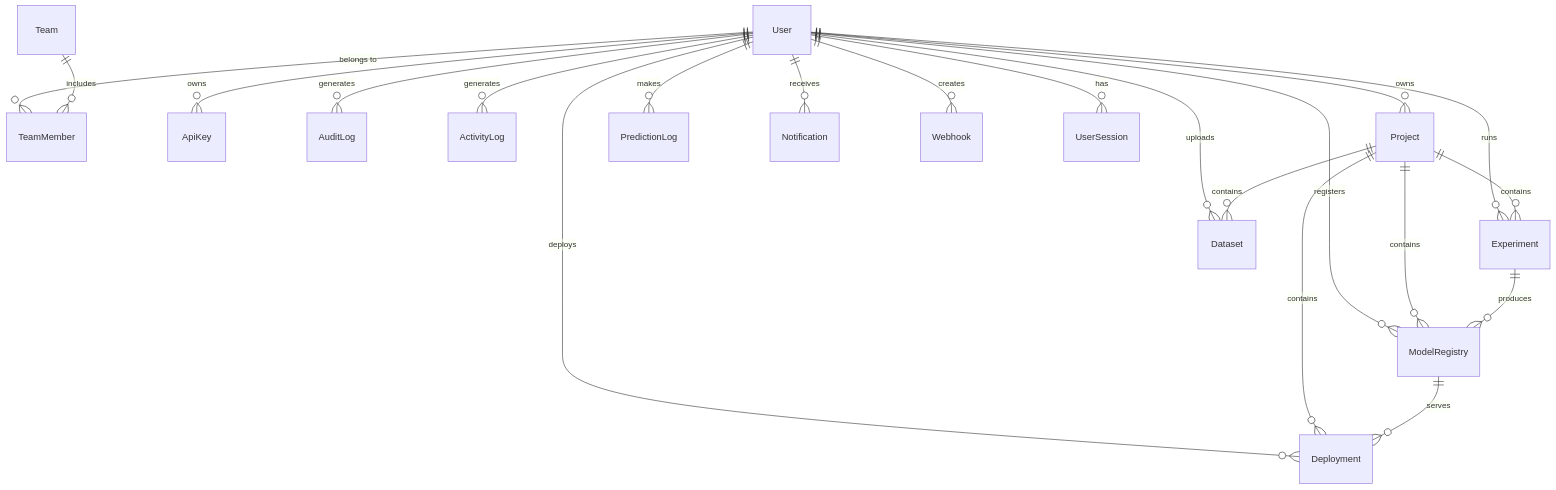
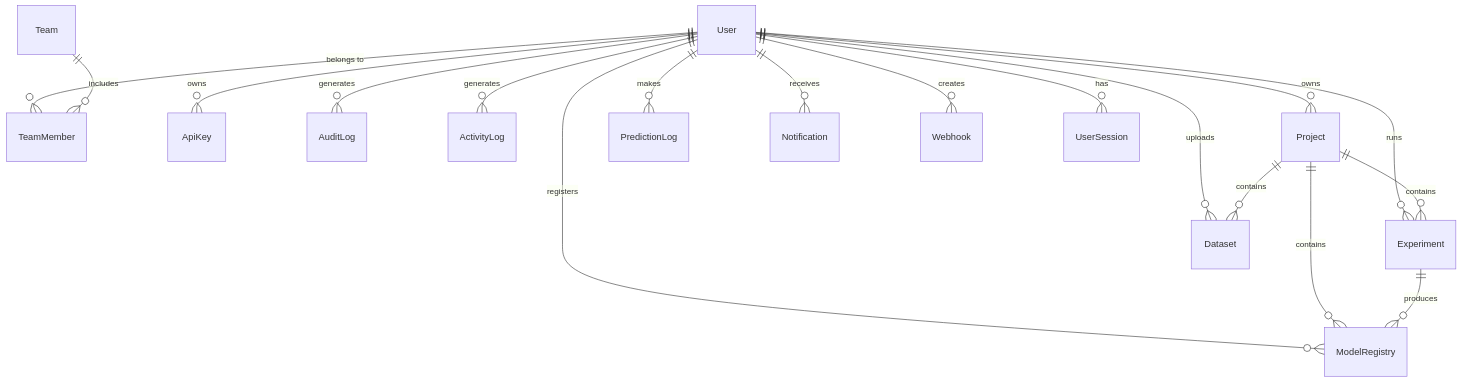
The diagram in ER_DIAGRAM.md (mayuresh378/AutoML), drawn with Mermaid before and after one commit. The commit also changed other lines of this file and 82 other files, not shown here.

````diff
--- a/ER_DIAGRAM.md
+++ b/ER_DIAGRAM.md
@@ -9,27 +9,23 @@
 ```mermaid
 erDiagram
     User ||--o{ TeamMember : "belongs to"
     User ||--o{ ApiKey : "owns"
     User ||--o{ AuditLog : "generates"
     User ||--o{ ActivityLog : "generates"
     User ||--o{ Project : "owns"
     User ||--o{ Experiment : "runs"
     User ||--o{ ModelRegistry : "registers"
-    User ||--o{ Deployment : "deploys"
     User ||--o{ Dataset : "uploads"
     User ||--o{ PredictionLog : "makes"
     User ||--o{ Notification : "receives"
     User ||--o{ Webhook : "creates"
     User ||--o{ UserSession : "has"
 
     Team ||--o{ TeamMember : "includes"
 
     Project ||--o{ Experiment : "contains"
     Project ||--o{ ModelRegistry : "contains"
-    Project ||--o{ Deployment : "contains"
     Project ||--o{ Dataset : "contains"
 
     Experiment ||--o{ ModelRegistry : "produces"
-
-    ModelRegistry ||--o{ Deployment : "serves"
 ```
````
